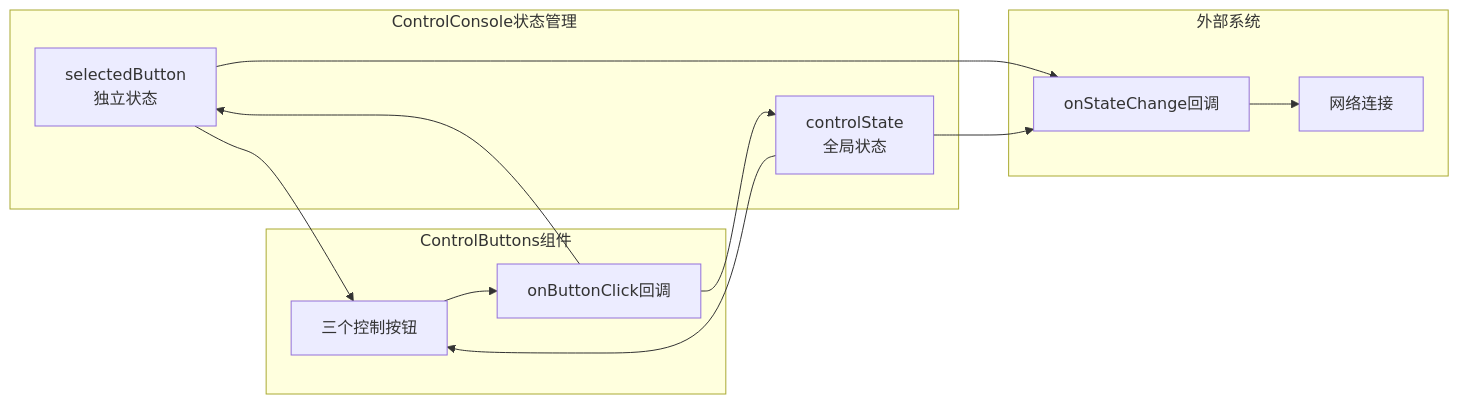
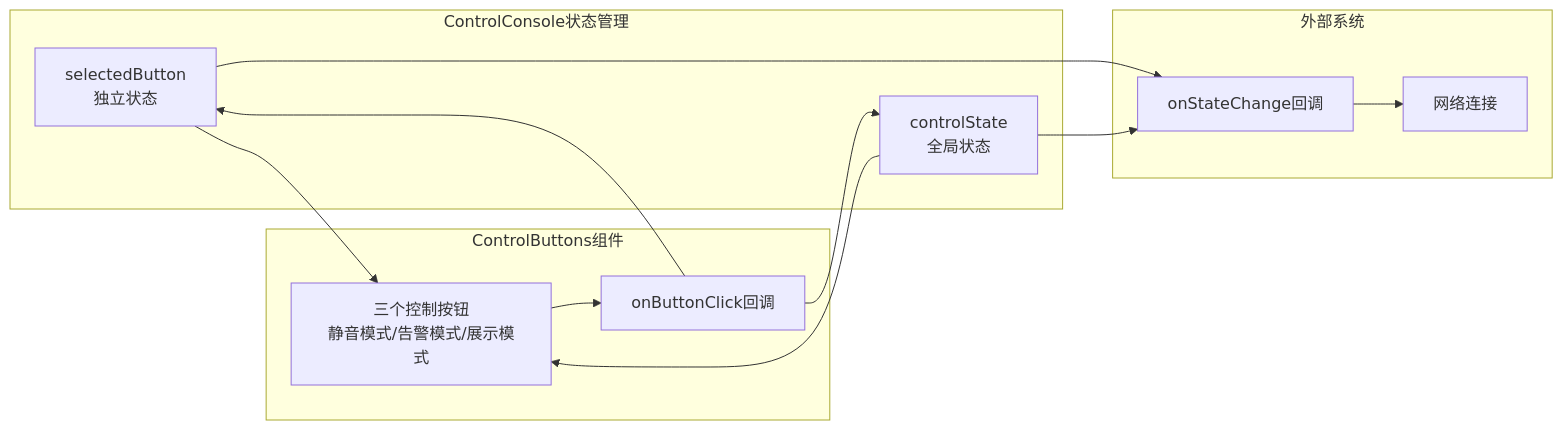
One commit to Neonrey-hub/SmartController changed the sixth of 7 diagrams in .qoder/repowiki/zh/content/界面组件系统/控制组件/控制按钮组件.md. Above: the diagram before and after it, drawn with Mermaid. The commit also changed other lines of this file and 16 other files, not shown here.

````diff
--- a/.qoder/repowiki/zh/content/界面组件系统/控制组件/控制按钮组件.md
+++ b/.qoder/repowiki/zh/content/界面组件系统/控制组件/控制按钮组件.md
@@ -284,23 +296,23 @@
 ```mermaid
 flowchart LR
 subgraph "ControlConsole状态管理"
 SelectedButton[selectedButton<br/>独立状态]
 ControlState[controlState<br/>全局状态]
 end
 subgraph "ControlButtons组件"
-Buttons[三个控制按钮]
+Buttons[三个控制按钮<br/>静音模式/告警模式/展示模式]
 Callback[onButtonClick回调]
 end
 subgraph "外部系统"
 OnStateChange[onStateChange回调]
 Network[网络连接]
 end
 SelectedButton --> Buttons
 ControlState --> Buttons
 Buttons --> Callback
 Callback --> SelectedButton
 Callback --> ControlState
 SelectedButton --> OnStateChange
 ControlState --> OnStateChange
 OnStateChange --> Network
 ```
````
